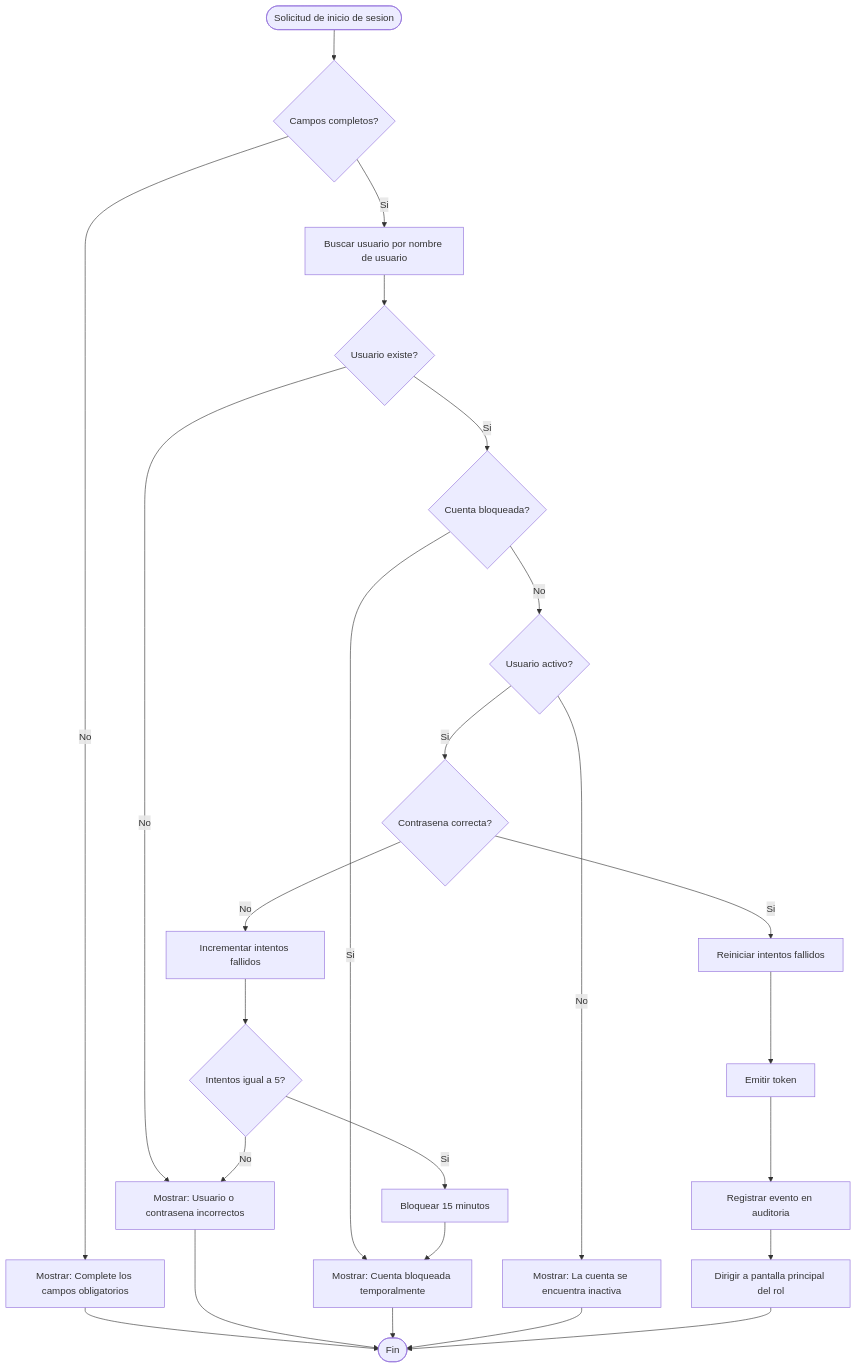
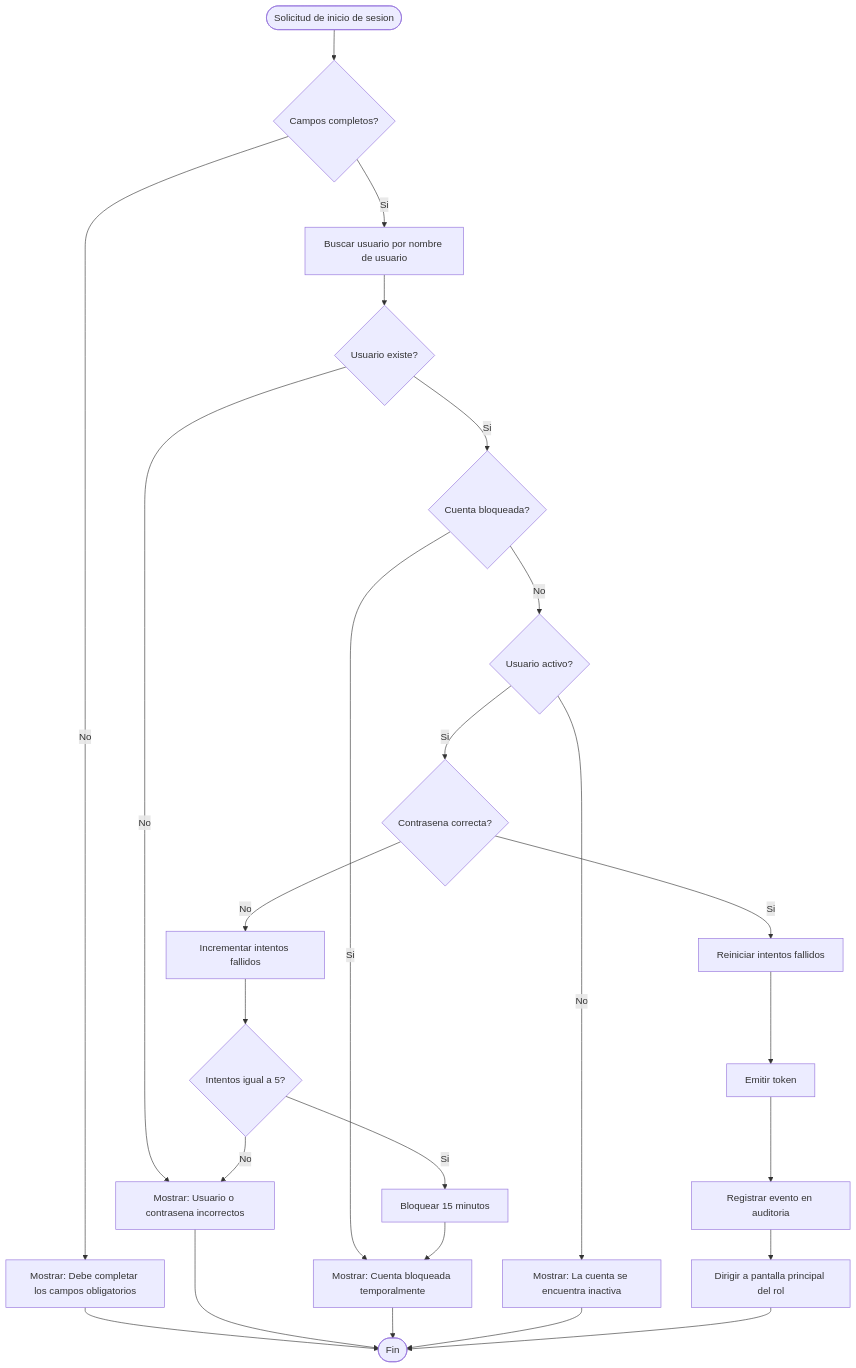
The first of 2 diagrams in docs/modulos/M01-autenticacion/diagramas/actividades.md (adlerOmonte1/LogisticaMinera), drawn with Mermaid before and after one commit. The commit also changed 3 other files, not shown here.

First line of the commit message:
docs(revision): Unifica mensajes de los diagramas y regenera los PDF

````diff
--- a/docs/modulos/M01-autenticacion/diagramas/actividades.md
+++ b/docs/modulos/M01-autenticacion/diagramas/actividades.md
@@ -5,27 +5,27 @@
 ```mermaid
 flowchart TD
     Start([Solicitud de inicio de sesion]) --> V1{Campos completos?}
-    V1 -->|No| E1[Mostrar: Complete los campos obligatorios]
+    V1 -->|No| E1[Mostrar: Debe completar los campos obligatorios]
     E1 --> Fin([Fin])
     V1 -->|Si| B1[Buscar usuario por nombre de usuario]
     B1 --> V2{Usuario existe?}
     V2 -->|No| E2[Mostrar: Usuario o contrasena incorrectos]
     E2 --> Fin
     V2 -->|Si| V3{Cuenta bloqueada?}
     V3 -->|Si| E3[Mostrar: Cuenta bloqueada temporalmente]
     E3 --> Fin
     V3 -->|No| V4{Usuario activo?}
     V4 -->|No| E4[Mostrar: La cuenta se encuentra inactiva]
     E4 --> Fin
     V4 -->|Si| V5{Contrasena correcta?}
     V5 -->|No| I1[Incrementar intentos fallidos]
     I1 --> V6{Intentos igual a 5?}
     V6 -->|Si| B2[Bloquear 15 minutos]
     B2 --> E3
     V6 -->|No| E2
     V5 -->|Si| R1[Reiniciar intentos fallidos]
     R1 --> T1[Emitir token]
     T1 --> A1[Registrar evento en auditoria]
     A1 --> D1[Dirigir a pantalla principal del rol]
     D1 --> Fin
 ```
````
